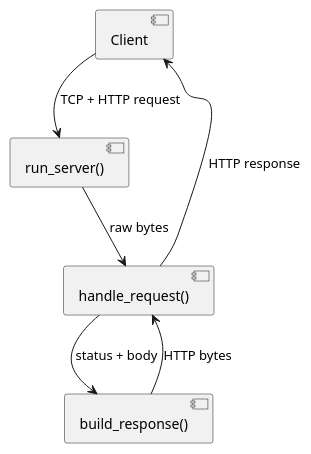
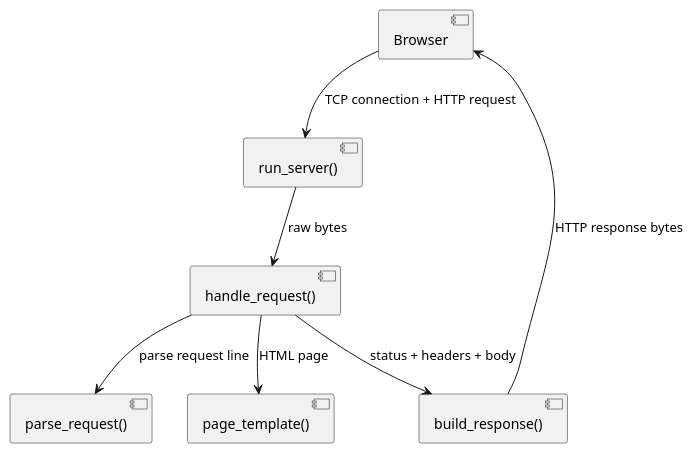
One commit to N0bodyVGA/Practice changed the first of 2 diagrams in docs/variable_http_server_guide.md. Above: the diagram before and after it, drawn with PlantUML. The commit also changed other lines of this file and 4 other files, not shown here.

````diff
--- a/docs/variable_http_server_guide.md
+++ b/docs/variable_http_server_guide.md
@@ -33,14 +51,17 @@
 ```plantuml
 @startuml
-component Client
+component Browser
 component "run_server()" as ServerLoop
-component "handle_request()" as Handler
+component "parse_request()" as Parser
+component "handle_request()" as Router
+component "page_template()" as Template
 component "build_response()" as ResponseBuilder
 
-Client --> ServerLoop : TCP + HTTP request
-ServerLoop --> Handler : raw bytes
-Handler --> ResponseBuilder : status + body
-ResponseBuilder --> Handler : HTTP bytes
-Handler --> Client : HTTP response
+Browser --> ServerLoop : TCP connection + HTTP request
+ServerLoop --> Router : raw bytes
+Router --> Parser : parse request line
+Router --> Template : HTML page
+Router --> ResponseBuilder : status + headers + body
+ResponseBuilder --> Browser : HTTP response bytes
 @enduml
 ```
````
